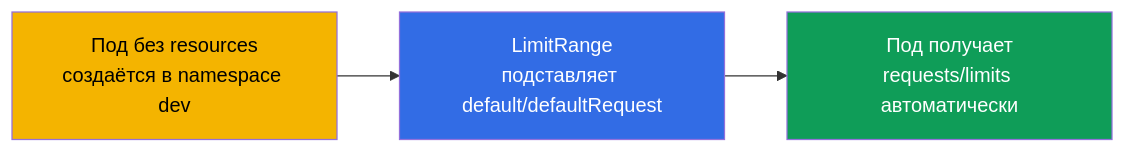
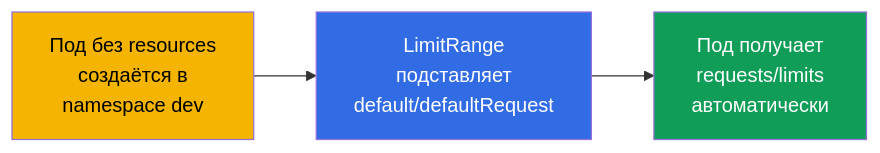
The fourth of 5 diagrams in tasks/cka/course/14/ru.md (ViktorUJ/cks), drawn with Mermaid before and after one commit. The commit also changed other lines of this file, not shown here.

````diff
--- a/tasks/cka/course/14/ru.md
+++ b/tasks/cka/course/14/ru.md
@@ -150,8 +170,8 @@
 ```mermaid
 flowchart LR
-    pod["Под без resources<br>создаётся в namespace dev"] --> lr["LimitRange<br>подставляет default/defaultRequest"]
-    lr --> result["Под получает<br>requests/limits автоматически"]
+    pod["Под без resources<br>создаётся в<br>namespace dev"] --> lr["LimitRange<br>подставляет<br>default/defaultRequest"]
+    lr --> result["Под получает<br>requests/limits<br>автоматически"]
     style pod fill:#f4b400,color:#000
     style lr fill:#326ce5,color:#fff
     style result fill:#0f9d58,color:#fff
 ```
````
